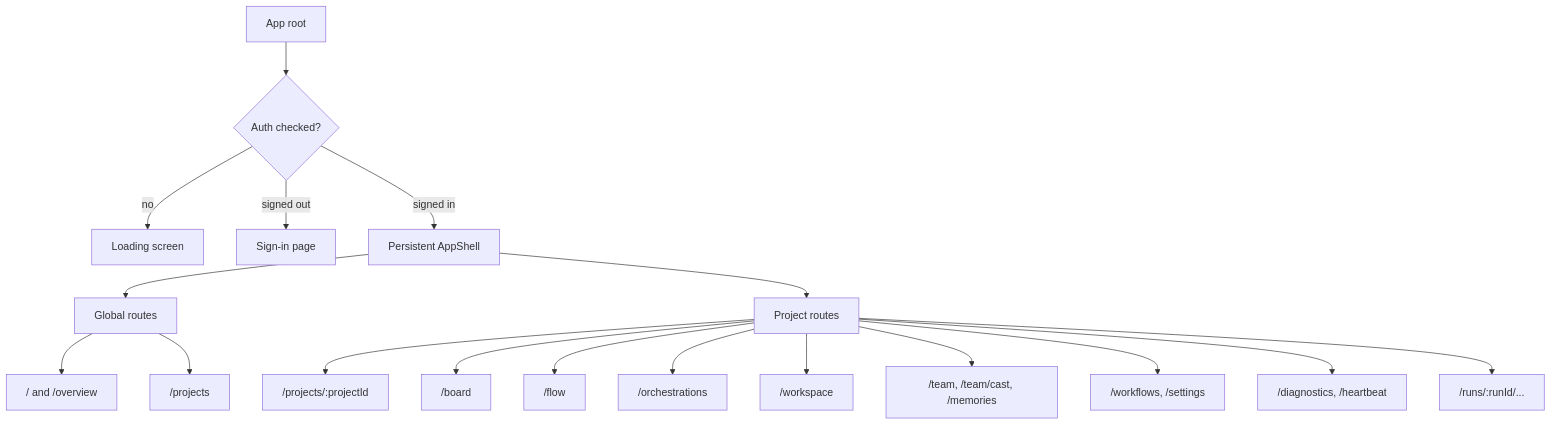
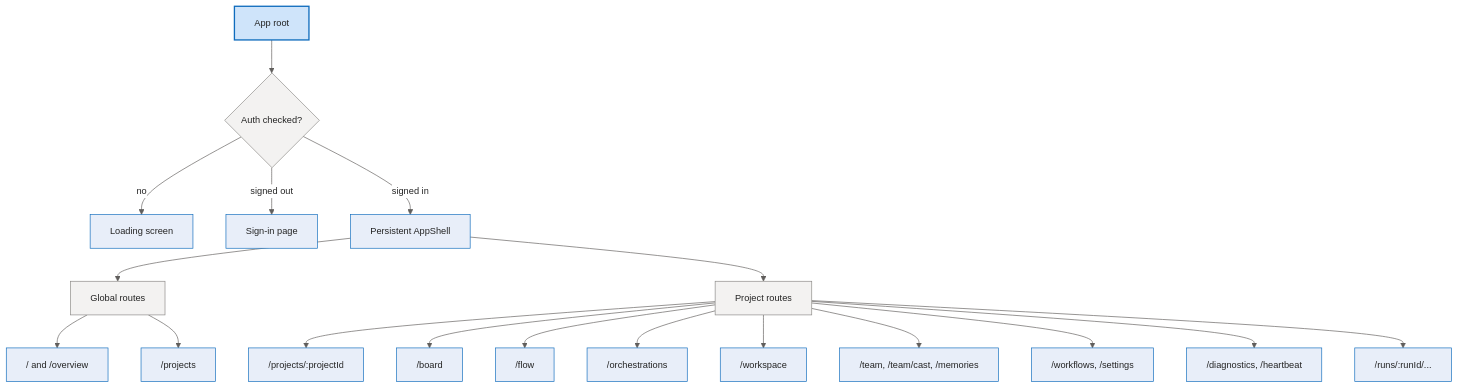
The second of 7 diagrams in docs/deep-dive/frontend.md (sabbour/agentweaver), drawn with Mermaid before and after one commit. The commit also changed other lines of this file and 13 other files, not shown here.

````diff
--- a/docs/deep-dive/frontend.md
+++ b/docs/deep-dive/frontend.md
@@ -101,23 +145,36 @@
 ```mermaid
+%%{init: {'theme':'base','themeVariables':{'fontFamily':'Segoe UI, system-ui, -apple-system, sans-serif','fontSize':'14px','primaryColor':'#E8EEF9','primaryBorderColor':'#0F6CBD','primaryTextColor':'#242424','lineColor':'#605E5C','clusterBkg':'#FAF9F8','clusterBorder':'#D2D0CE','edgeLabelBackground':'#FFFFFF'}}}%%
 flowchart TD
     App[App root] --> Auth{Auth checked?}
     Auth -->|no| Spinner[Loading screen]
     Auth -->|signed out| SignIn[Sign-in page]
     Auth -->|signed in| Shell[Persistent AppShell]
 
     Shell --> Global[Global routes]
     Shell --> Project[Project routes]
 
     Global --> Overview["/ and /overview"]
     Global --> Projects["/projects"]
 
     Project --> Dashboard["/projects/:projectId"]
     Project --> Board["/board"]
     Project --> Flow["/flow"]
     Project --> Orchestrations["/orchestrations"]
     Project --> Workspace["/workspace"]
     Project --> Squad["/team, /team/cast, /memories"]
     Project --> Operations["/workflows, /settings"]
     Project --> System["/diagnostics, /heartbeat"]
     Project --> Runs["/runs/:runId/..."]
+
+    classDef client fill:#E8EEF9,stroke:#0F6CBD,stroke-width:1px,color:#242424;
+    classDef svc fill:#F3F2F1,stroke:#8A8886,stroke-width:1px,color:#242424;
+    classDef core fill:#CFE4FA,stroke:#0F6CBD,stroke-width:2px,color:#242424;
+    classDef data fill:#FFF4CE,stroke:#C19C00,stroke-width:1px,color:#242424;
+    classDef ext fill:#F0E8F8,stroke:#8764B8,stroke-width:1px,color:#242424;
+    classDef runtime fill:#DDF3DD,stroke:#107C10,stroke-width:1px,color:#242424;
+    classDef evt fill:#D6F0F0,stroke:#038387,stroke-width:1px,color:#242424;
+
+    class App core;
+    class Auth,Global,Project svc;
+    class Spinner,SignIn,Shell,Overview,Projects,Dashboard,Board,Flow,Orchestrations,Workspace,Squad,Operations,System,Runs client;
 ```
````
